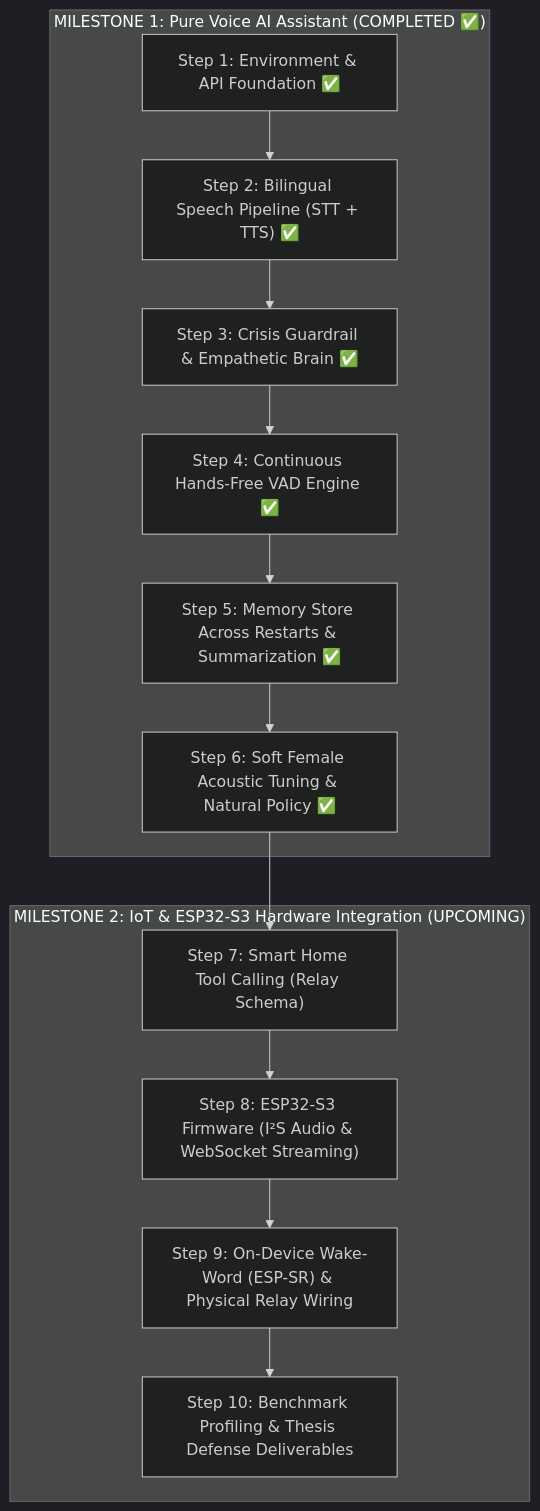
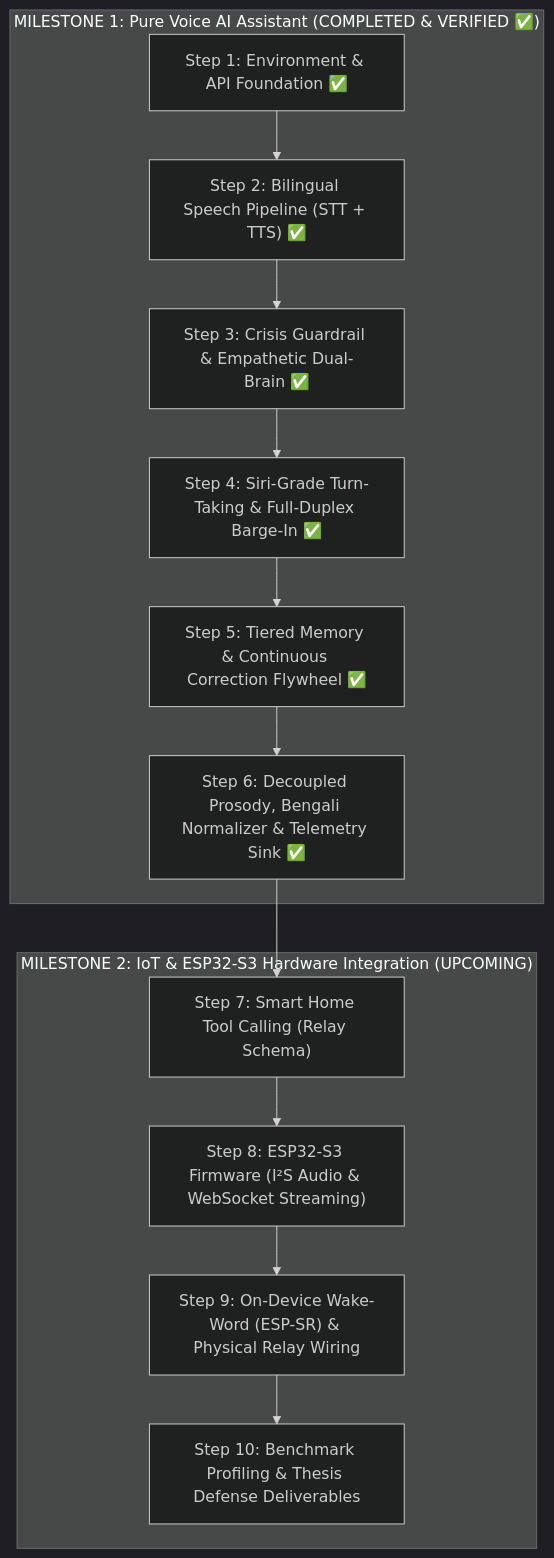
Before and after one commit to fahadrahman444/maya-multilingual-voice-iot: the diagram in WorkingProcess.md, drawn with Mermaid (dark theme). The commit also changed other lines of this file and 19 other files, not shown here.

Commit message:
feat: Dual-Brain failover, Siri-grade turn-taking, Bengali normalization, and telemetry suite

````diff
--- a/WorkingProcess.md
+++ b/WorkingProcess.md
@@ -11,17 +11,17 @@
 ```mermaid
 flowchart TD
-    subgraph M1["MILESTONE 1: Pure Voice AI Assistant (COMPLETED ✅)"]
+    subgraph M1["MILESTONE 1: Pure Voice AI Assistant (COMPLETED & VERIFIED ✅)"]
         S1["Step 1: Environment & API Foundation ✅"] --> S2["Step 2: Bilingual Speech Pipeline (STT + TTS) ✅"]
-        S2 --> S3["Step 3: Crisis Guardrail & Empathetic Brain ✅"]
-        S3 --> S4["Step 4: Continuous Hands-Free VAD Engine ✅"]
-        S4 --> S5["Step 5: Memory Store Across Restarts & Summarization ✅"]
-        S5 --> S6["Step 6: Soft Female Acoustic Tuning & Natural Policy ✅"]
+        S2 --> S3["Step 3: Crisis Guardrail & Empathetic Dual-Brain ✅"]
+        S3 --> S4["Step 4: Siri-Grade Turn-Taking & Full-Duplex Barge-In ✅"]
+        S4 --> S5["Step 5: Tiered Memory & Continuous Correction Flywheel ✅"]
+        S5 --> S6["Step 6: Decoupled Prosody, Bengali Normalizer & Telemetry Sink ✅"]
     end
 
     subgraph M2["MILESTONE 2: IoT & ESP32-S3 Hardware Integration (UPCOMING)"]
         S6 --> S7["Step 7: Smart Home Tool Calling (Relay Schema)"]
         S7 --> S8["Step 8: ESP32-S3 Firmware (I²S Audio & WebSocket Streaming)"]
         S8 --> S9["Step 9: On-Device Wake-Word (ESP-SR) & Physical Relay Wiring"]
         S9 --> S10["Step 10: Benchmark Profiling & Thesis Defense Deliverables"]
     end
 ```
````
